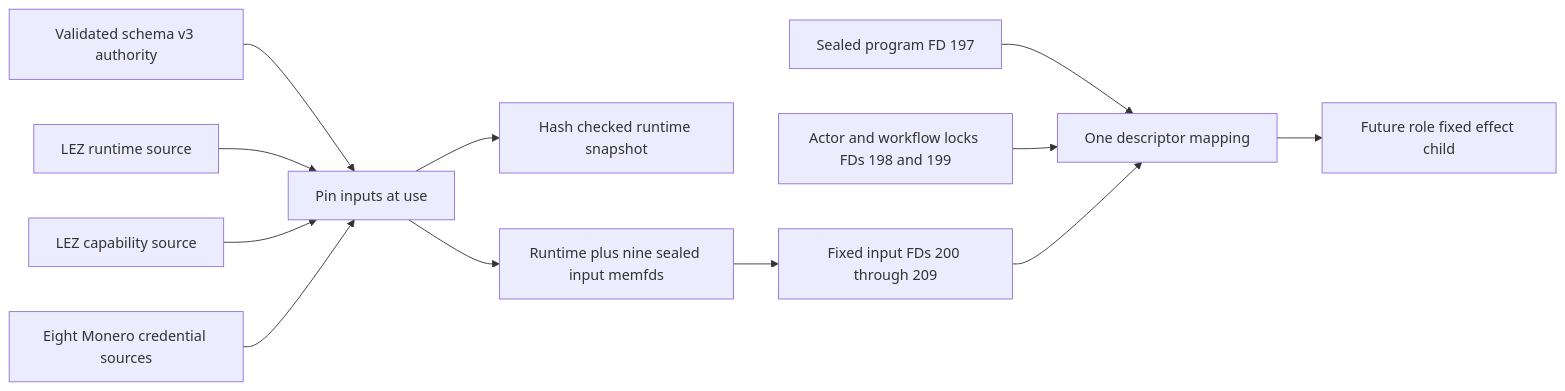
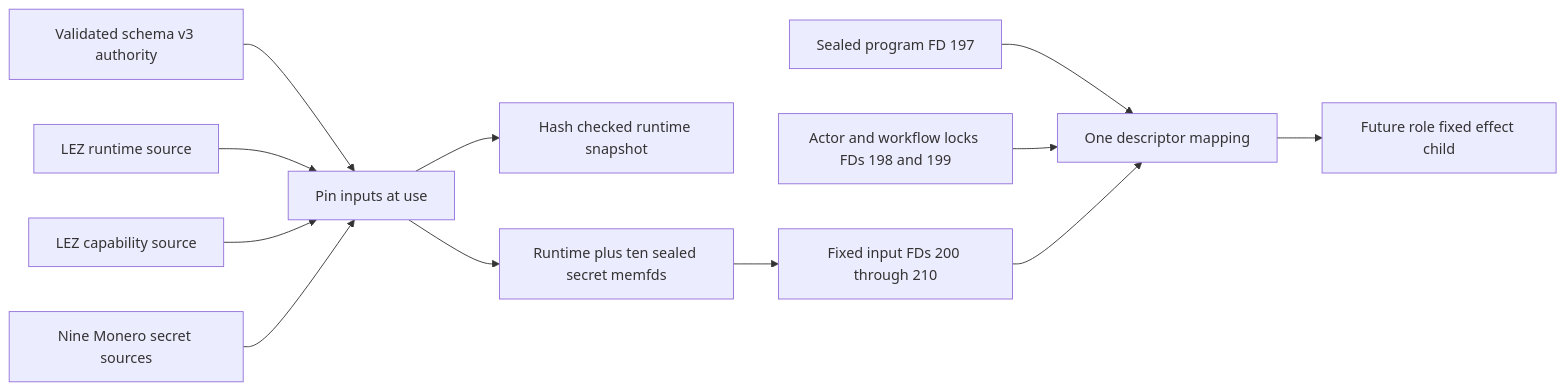
The fourth of 6 diagrams in docs/architecture/0126-separate-xmr-effect-workflow-authority.md (gateway-fm/lez-atomic-swaps), drawn with Mermaid before and after one commit. The commit also changed other lines of this file and 10 other files, not shown here.

````diff
--- a/docs/architecture/0126-separate-xmr-effect-workflow-authority.md
+++ b/docs/architecture/0126-separate-xmr-effect-workflow-authority.md
@@ -203,14 +213,14 @@
 ```mermaid
 flowchart LR
     AUTH["Validated schema v3 authority"] --> PIN["Pin inputs at use"]
     RUN["LEZ runtime source"] --> PIN
     CAP["LEZ capability source"] --> PIN
-    RPC["Eight Monero credential sources"] --> PIN
+    RPC["Nine Monero secret sources"] --> PIN
     PIN --> RB["Hash checked runtime snapshot"]
-    PIN --> SF["Runtime plus nine sealed input memfds"]
-    SF --> PLAN["Fixed input FDs 200 through 209"]
+    PIN --> SF["Runtime plus ten sealed secret memfds"]
+    SF --> PLAN["Fixed input FDs 200 through 210"]
     PROG["Sealed program FD 197"] --> MAP["One descriptor mapping"]
     LOCKS["Actor and workflow locks FDs 198 and 199"] --> MAP
     PLAN --> MAP
     MAP --> CHILD["Future role fixed effect child"]
 ```
````
